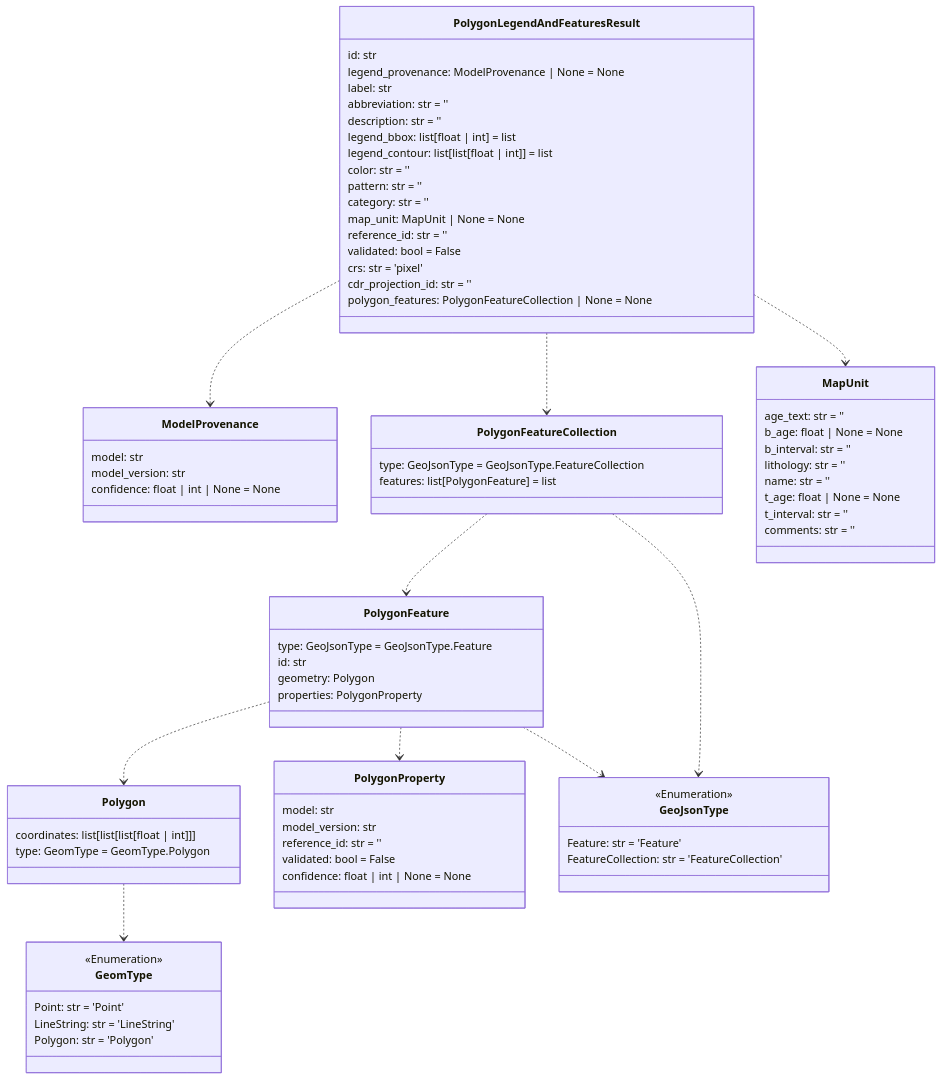
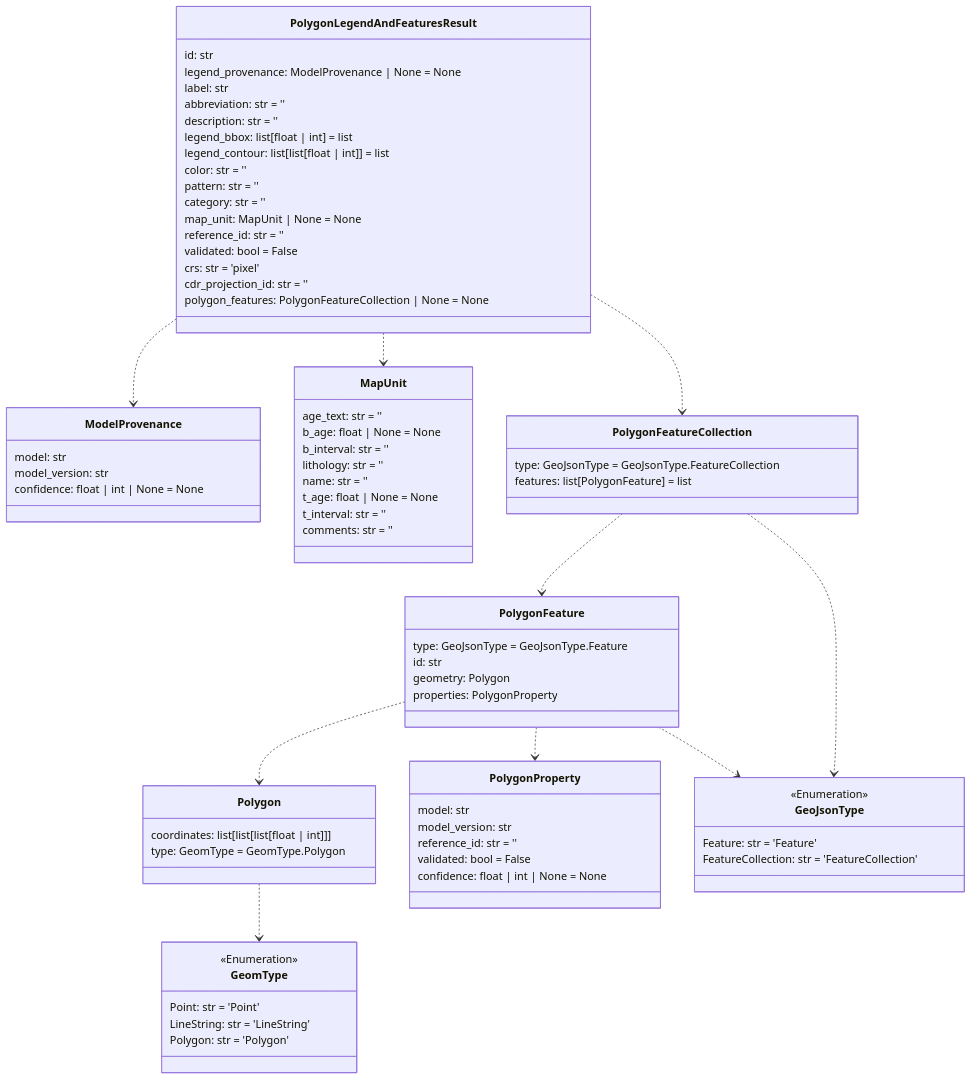
Before and after one commit to DARPA-CRITICALMAAS/cdr_schemas: the seventh of 14 diagrams in README.md, drawn with Mermaid. The commit also changed other lines of this file and 4 other files, not shown here.

````diff
--- a/README.md
+++ b/README.md
@@ -541,5 +543,38 @@
 ```mermaid
 classDiagram
+
+    class PolygonFeature {
+        type: GeoJsonType = GeoJsonType.Feature
+        id: str
+        geometry: Polygon
+        properties: PolygonProperty
+    }
+
+    class Polygon {
+        coordinates: list[list[list[float | int]]]
+        type: GeomType = GeomType.Polygon
+    }
+
+    class GeomType {
+        <<Enumeration>>
+        Point: str = 'Point'
+        LineString: str = 'LineString'
+        Polygon: str = 'Polygon'
+    }
+
+    class PolygonProperty {
+        model: str
+        model_version: str
+        reference_id: str = ''
+        validated: bool = False
+        confidence: float | int | None = None
+    }
+
+    class GeoJsonType {
+        <<Enumeration>>
+        Feature: str = 'Feature'
+        FeatureCollection: str = 'FeatureCollection'
+    }
 
     class PolygonLegendAndFeaturesResult {
         id: str
@@ -566,31 +601,6 @@
         confidence: float | int | None = None
     }
 
-    class Polygon {
-        coordinates: list[list[list[float | int]]]
-        type: GeomType = GeomType.Polygon
-    }
-
-    class PolygonFeature {
-        type: GeoJsonType = GeoJsonType.Feature
-        id: str
-        geometry: Polygon
-        properties: PolygonProperty
-    }
-
-    class PolygonFeatureCollection {
-        type: GeoJsonType = GeoJsonType.FeatureCollection
-        features: list[PolygonFeature] = list
-    }
-
-    class PolygonProperty {
-        model: str
-        model_version: str
-        reference_id: str = ''
-        validated: bool = False
-        confidence: float | int | None = None
-    }
-
     class MapUnit {
         age_text: str = ''
         b_age: float | None = None
@@ -602,22 +612,14 @@
         comments: str = ''
     }
 
-    class GeomType {
-        <<Enumeration>>
-        Point: str = 'Point'
-        LineString: str = 'LineString'
-        Polygon: str = 'Polygon'
-    }
-
-    class GeoJsonType {
-        <<Enumeration>>
-        Feature: str = 'Feature'
-        FeatureCollection: str = 'FeatureCollection'
+    class PolygonFeatureCollection {
+        type: GeoJsonType = GeoJsonType.FeatureCollection
+        features: list[PolygonFeature] = list
     }
 
     Polygon ..> GeomType
+    PolygonFeature ..> Polygon
     PolygonFeature ..> PolygonProperty
-    PolygonFeature ..> Polygon
     PolygonFeature ..> GeoJsonType
     PolygonFeatureCollection ..> PolygonFeature
     PolygonFeatureCollection ..> GeoJsonType
````
